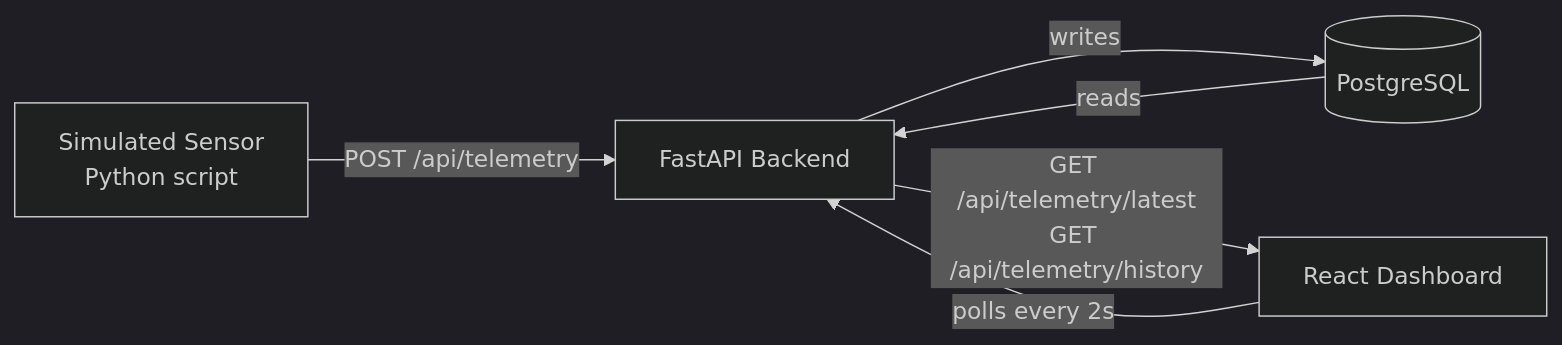
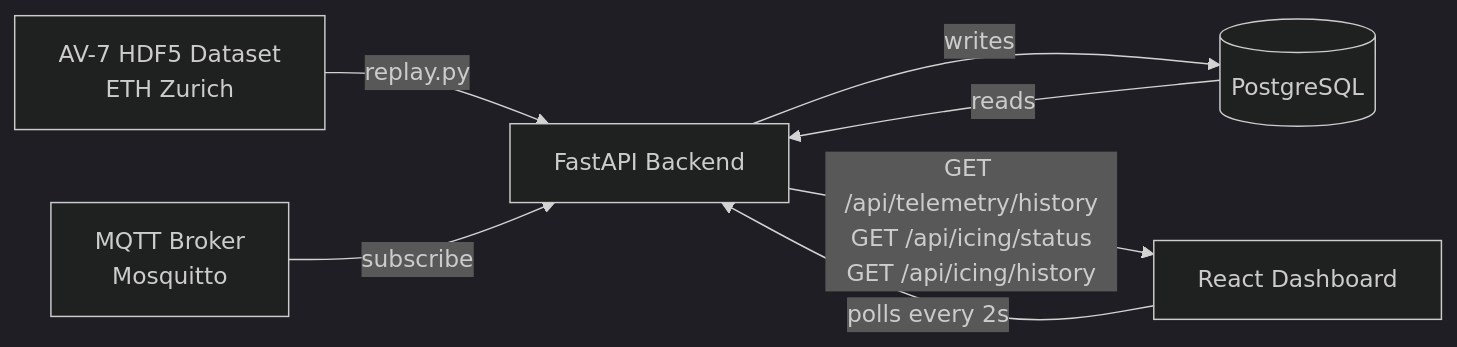
The diagram in docs/architecture.md (dcmclarke/wind-turbine-twin), drawn with Mermaid (dark theme) before and after one commit. The commit also changed other lines of this file and 10 other files, not shown here.

````diff
--- a/docs/architecture.md
+++ b/docs/architecture.md
@@ -5,8 +5,9 @@
 ```mermaid
 flowchart LR
-    A[Simulated Sensor\nPython script] -->|POST /api/telemetry| B[FastAPI Backend]
+    A[AV-7 HDF5 Dataset\nETH Zurich] -->|replay.py| B[FastAPI Backend]
+    M[MQTT Broker\nMosquitto] -->|subscribe| B
     B -->|writes| C[(PostgreSQL)]
     C -->|reads| B
-    B -->|GET /api/telemetry/latest\nGET /api/telemetry/history| D[React Dashboard]
+    B -->|GET /api/telemetry/history\nGET /api/icing/status\nGET /api/icing/history| D[React Dashboard]
     D -->|polls every 2s| B
 ```
````
